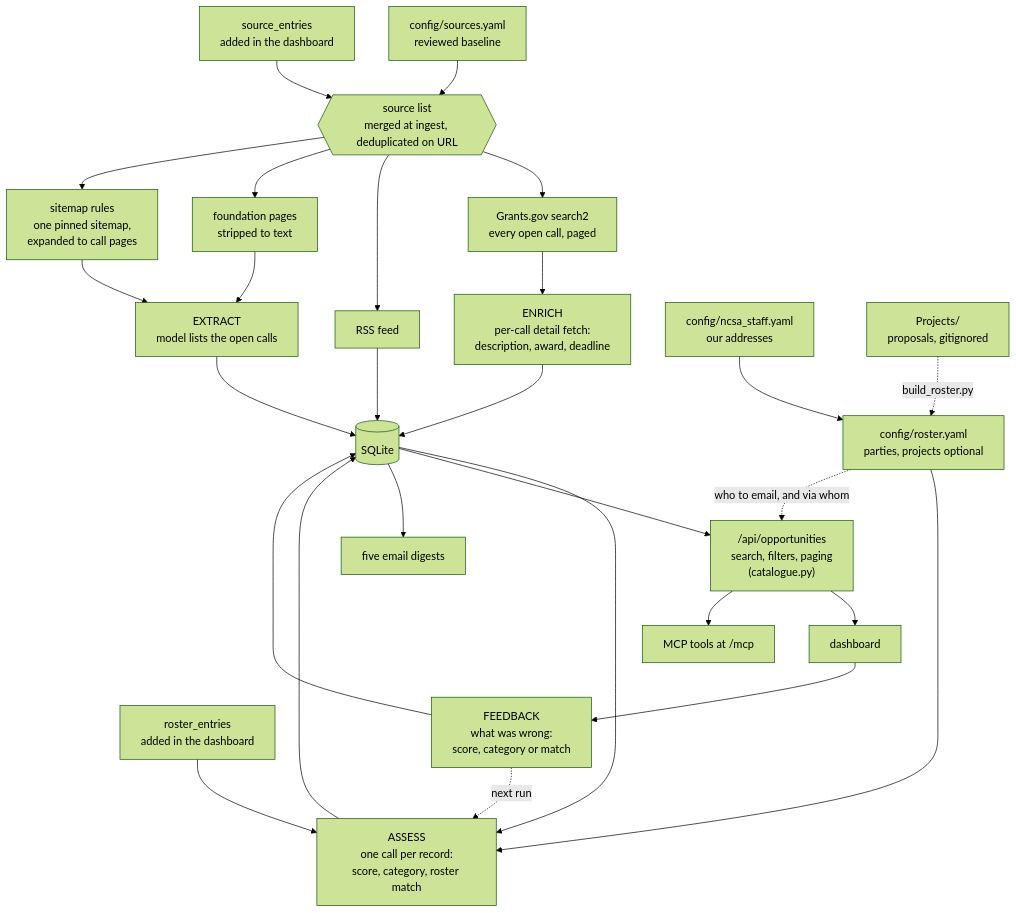
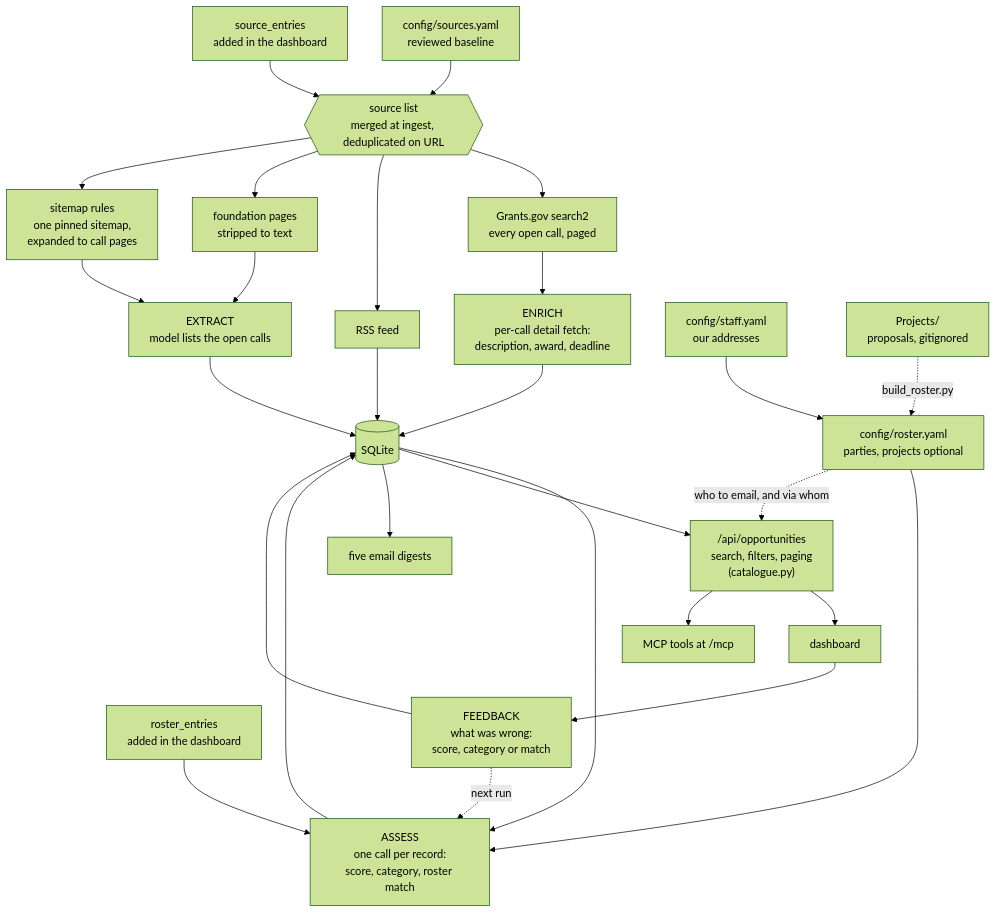
One commit to ncsa/grant-sift changed the first of 3 diagrams in README.md. Above: the diagram before and after it, drawn with Mermaid (forest theme). The commit also changed other lines of this file and 35 other files, not shown here.

````diff
--- a/README.md
+++ b/README.md
@@ -66,29 +129,29 @@
 ```mermaid
 flowchart TD
     SRC["config/sources.yaml<br/>reviewed baseline"] --> SL
     SRC2["source_entries<br/>added in the dashboard"] --> SL
     SL{{"source list<br/>merged at ingest, deduplicated on URL"}}
     SL --> A1
     SL --> A3
     SL --> A4
     SL --> A5
     A1["Grants.gov search2<br/>every open call, paged"] --> E
     A3["RSS feed"] --> S
     A4["foundation pages<br/>stripped to text"] --> X
     A5["sitemap rules<br/>one pinned sitemap,<br/>expanded to call pages"] --> X
     X["EXTRACT<br/>model lists the open calls"] --> S[("SQLite")]
     E["ENRICH<br/>per-call detail fetch:<br/>description, award, deadline"] --> S
     S --> AS["ASSESS<br/>one call per record:<br/>score, category, roster match"]
     R1["config/roster.yaml<br/>parties, projects optional"] --> AS
     R2["roster_entries<br/>added in the dashboard"] --> AS
-    R3["config/ncsa_staff.yaml<br/>our addresses"] --> R1
+    R3["config/staff.yaml<br/>our addresses"] --> R1
     P["Projects/<br/>proposals, gitignored"] -.->|"build_roster.py"| R1
     AS --> S
     S --> J["/api/opportunities<br/>search, filters, paging<br/>(catalogue.py)"] --> D["dashboard"]
     J --> M["MCP tools at /mcp"]
     R1 -.->|"who to email, and via whom"| J
     S --> G["five email digests"]
     D --> F["FEEDBACK<br/>what was wrong:<br/>score, category or match"]
     F --> S
     F -.->|"next run"| AS
 ```
````
